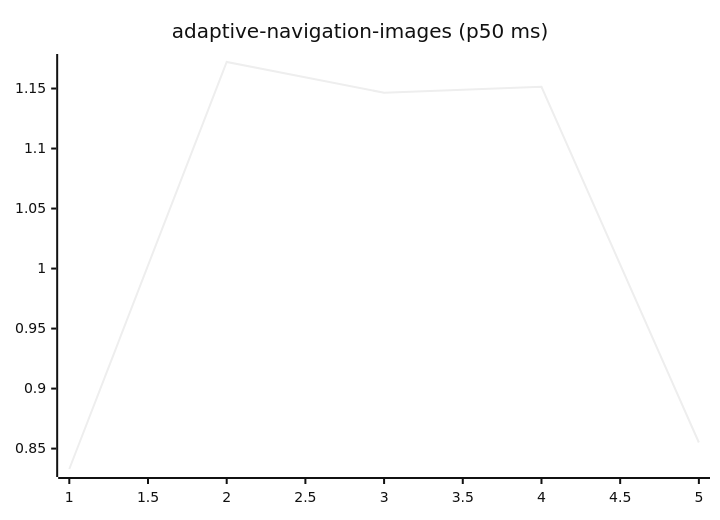
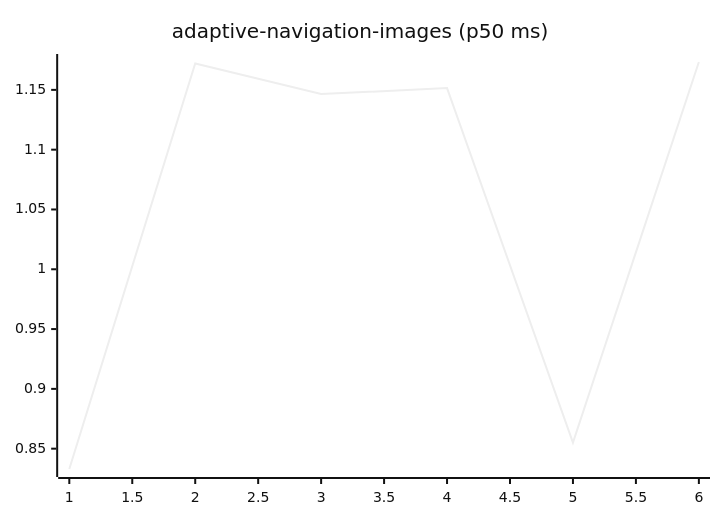
The first of 27 diagrams in README.md (josha/Facet), drawn with Mermaid (neutral theme) before and after one commit. The commit also changed other lines of this file and 2 other files, not shown here.

````diff
--- a/README.md
+++ b/README.md
@@ -63,6 +63,6 @@
 ```mermaid
 xychart-beta
     title "adaptive-navigation-images (p50 ms)"
-    x-axis 1 --> 5
-    line [0.8330, 1.1721, 1.1465, 1.1515, 0.8551]
+    x-axis 1 --> 6
+    line [0.8330, 1.1721, 1.1465, 1.1515, 0.8551, 1.1733]
 ```
````
